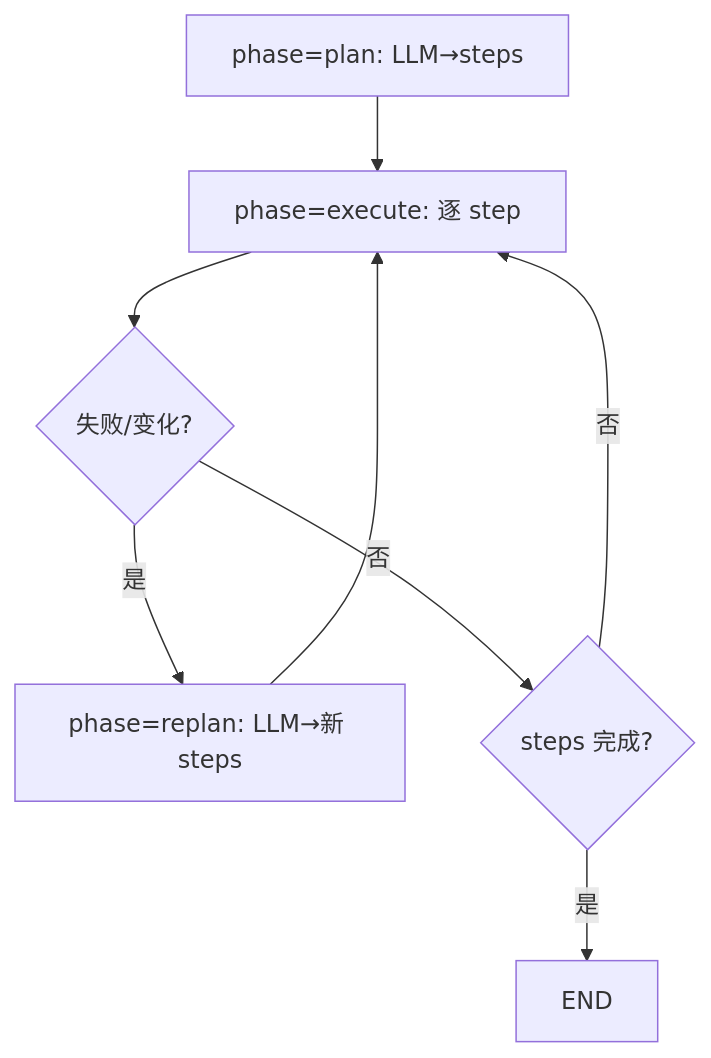
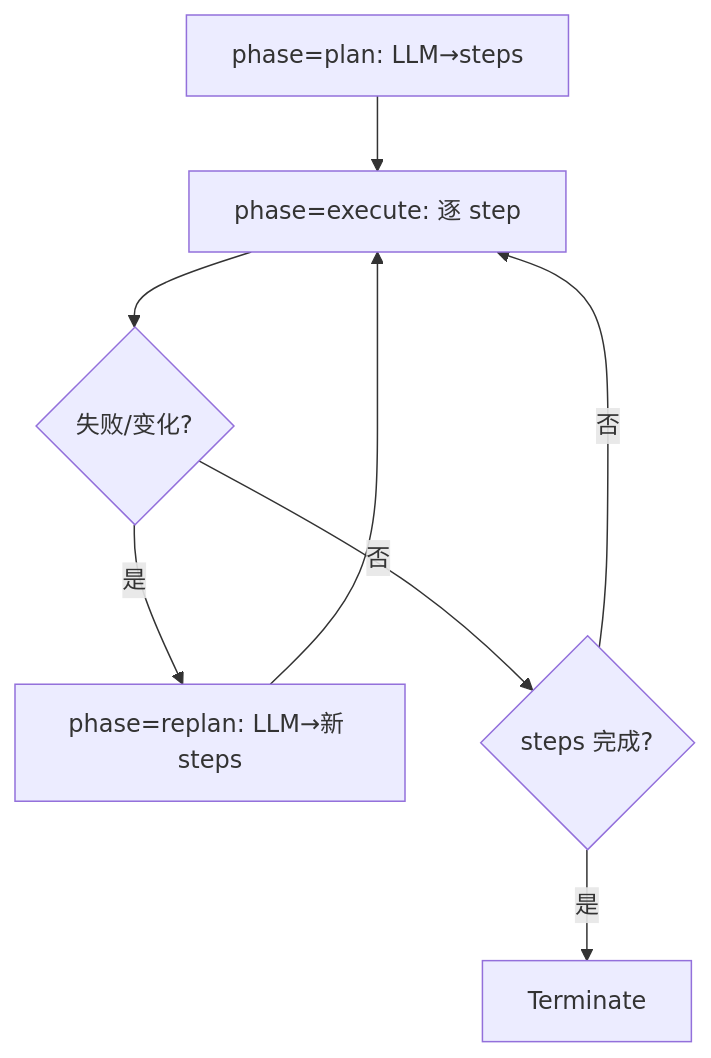
One commit to sao-lang/lll changed the fourth of 11 diagrams in docs/02-模块详设/Agent/R12-内置架构与组合.md. Above: the diagram before and after it, drawn with Mermaid. The commit also changed other lines of this file and 127 other files, not shown here.

````diff
--- a/docs/02-模块详设/Agent/R12-内置架构与组合.md
+++ b/docs/02-模块详设/Agent/R12-内置架构与组合.md
@@ -204,9 +204,9 @@
 ```mermaid
 flowchart TD
     P["phase=plan: LLM→steps"] --> X["phase=execute: 逐 step"]
     X --> F{"失败/变化?"}
     F -->|是| R["phase=replan: LLM→新 steps"] --> X
     F -->|否| D{"steps 完成?"}
     D -->|否| X
-    D -->|是| E["END"]
+    D -->|是| E["Terminate"]
 ```
````
